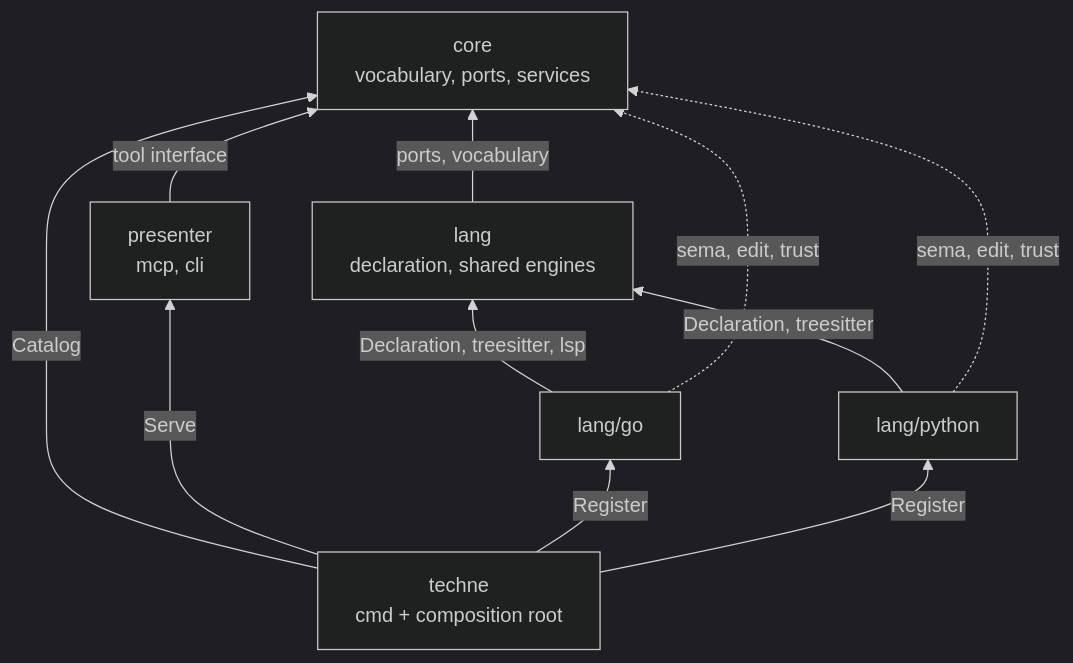
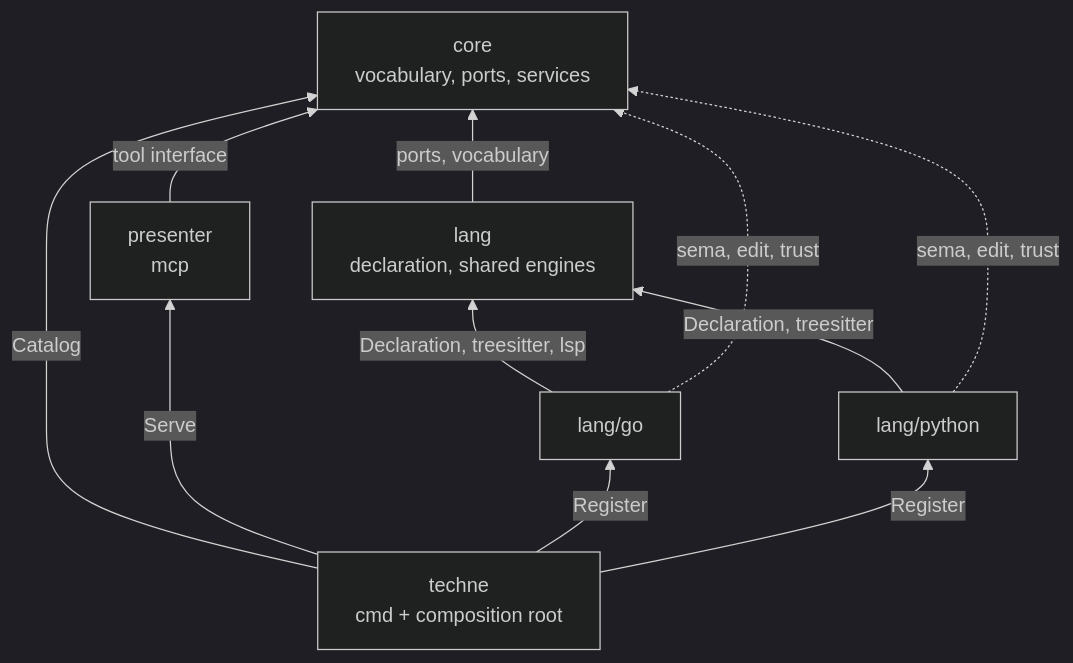
Before and after one commit to dokimasia/techne: the diagram in docs/rfc/0001-module-boundaries.md, drawn with Mermaid (dark theme). The commit also changed other lines of this file and 1 other file, not shown here.

First line of the commit message:
docs: make MCP the only transport

````diff
--- a/docs/rfc/0001-module-boundaries.md
+++ b/docs/rfc/0001-module-boundaries.md
@@ -74,20 +74,20 @@
 ```mermaid
 flowchart BT
     core["core<br/>vocabulary, ports, services"]
     lang["lang<br/>declaration, shared engines"]
     langgo["lang/go"]
     langpy["lang/python"]
-    pres["presenter<br/>mcp, cli"]
+    pres["presenter<br/>mcp"]
     root["techne<br/>cmd + composition root"]
 
     lang -->|"ports, vocabulary"| core
     pres -->|"tool interface"| core
     langgo -->|"Declaration, treesitter, lsp"| lang
     langpy -->|"Declaration, treesitter"| lang
     langgo -.->|"sema, edit, trust"| core
     langpy -.->|"sema, edit, trust"| core
     root -->|"Catalog"| core
     root -->|"Serve"| pres
     root -->|"Register"| langgo
     root -->|"Register"| langpy
 ```
````
